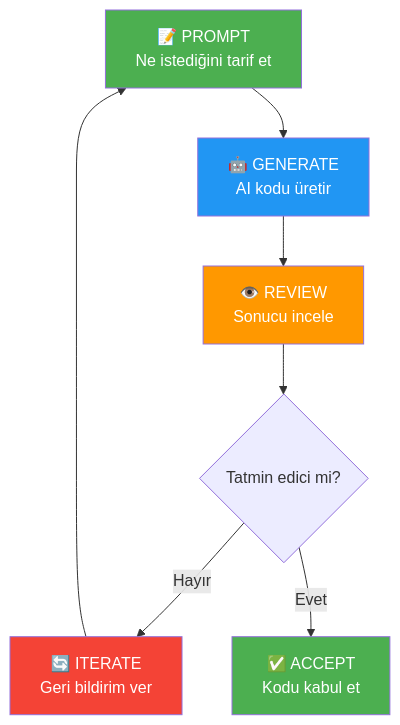
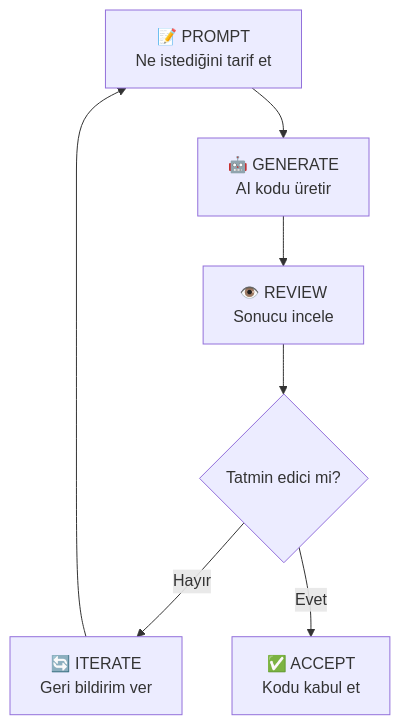
The second of 6 diagrams in 04-ai-destekli-gelistirme/03-vibe-coding.md (IzzetYasinAtes/ClaudeCodeHandbook), drawn with Mermaid before and after one commit. The commit also changed other lines of this file and 97 other files, not shown here.

Commit message:
Remove all custom Mermaid style/fill colors from 98 markdown files for consistent dark theme rendering

````diff
--- a/04-ai-destekli-gelistirme/03-vibe-coding.md
+++ b/04-ai-destekli-gelistirme/03-vibe-coding.md
@@ -66,15 +64,10 @@
 ```mermaid
 flowchart TD
     A["📝 PROMPT<br/>Ne istediğini tarif et"] --> B["🤖 GENERATE<br/>AI kodu üretir"]
     B --> C["👁️ REVIEW<br/>Sonucu incele"]
     C --> D{"Tatmin edici mi?"}
     D -->|"Hayır"| E["🔄 ITERATE<br/>Geri bildirim ver"]
     E --> A
     D -->|"Evet"| F["✅ ACCEPT<br/>Kodu kabul et"]
     
-    style A fill:#4CAF50,color:#fff
-    style B fill:#2196F3,color:#fff
-    style C fill:#FF9800,color:#fff
-    style E fill:#F44336,color:#fff
-    style F fill:#4CAF50,color:#fff
 ```
````
